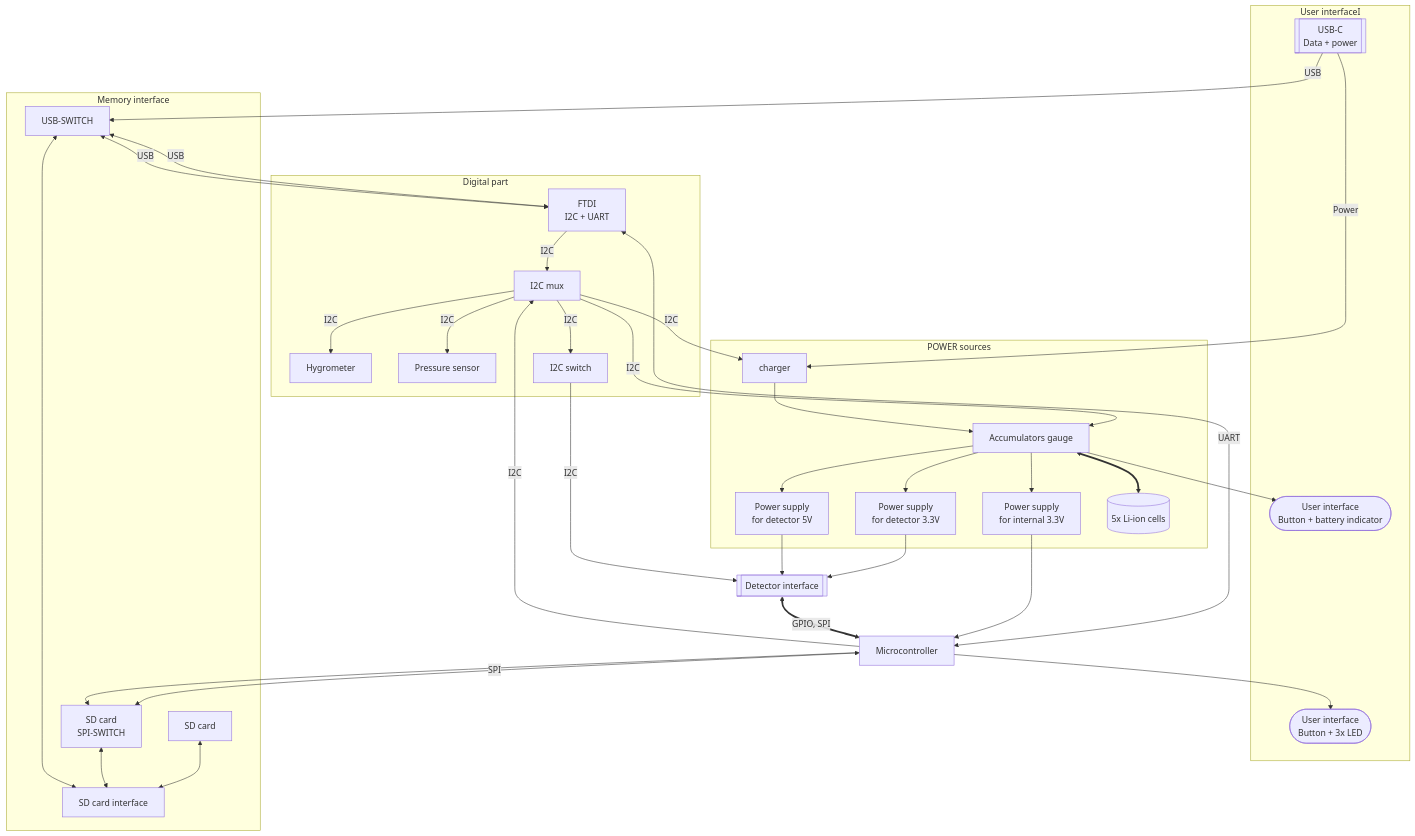
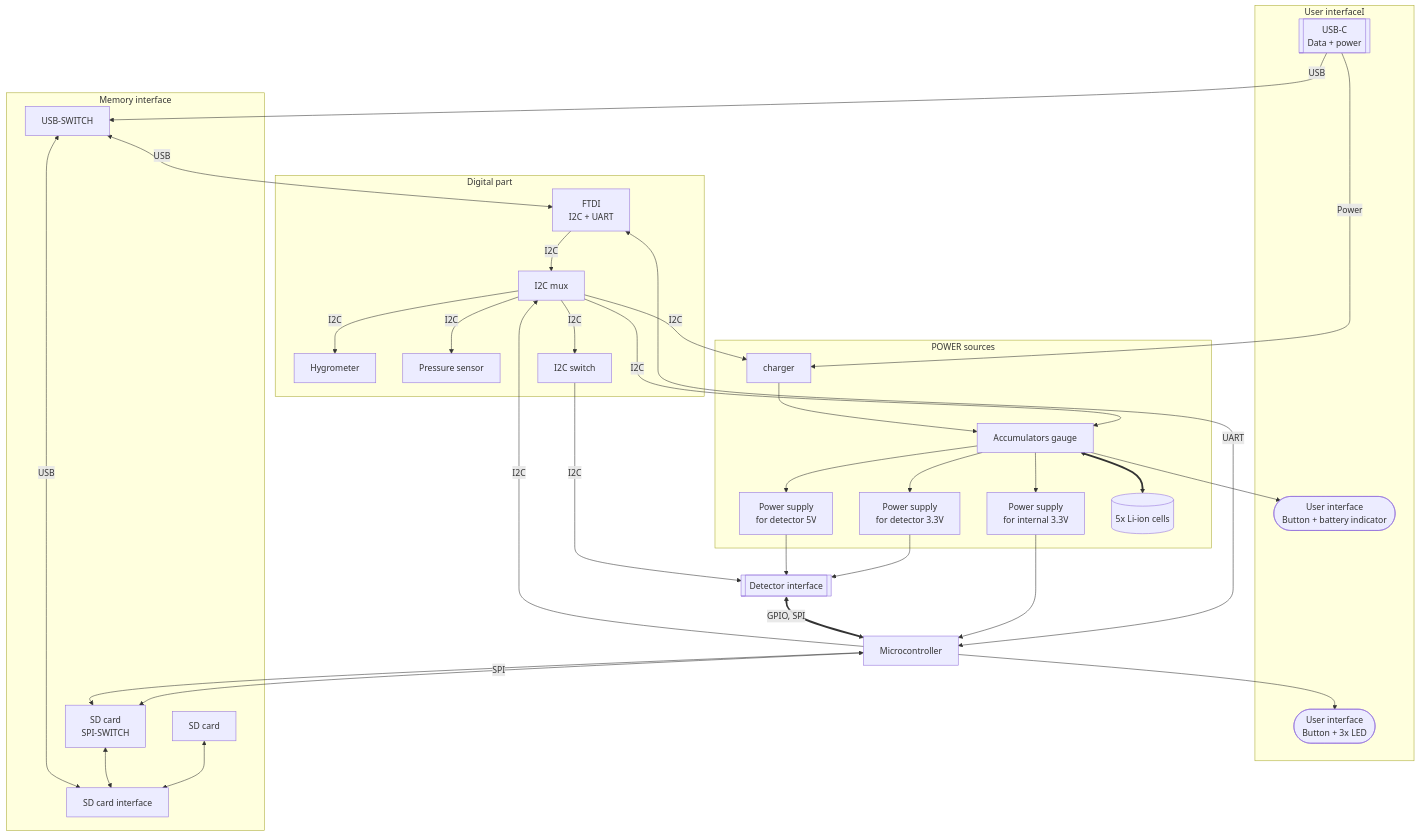
Before and after one commit to mlab-modules/BATDATUNIT01: the diagram in README.md, drawn with Mermaid.

````diff
--- a/README.md
+++ b/README.md
@@ -44,72 +44,71 @@
 ```mermaid
 
     flowchart TD
 
     subgraph a[User interfaceI]
         USB[[USB-C\nData + power]]
         UI1([User interface \n Button + battery indicator])
         UI2([User interface \n Button + 3x LED])
     
     end
 
     USB --USB --> USW
 
     FTDI -- I2C --> I2CSW
     FTDI -- UART <--> MCU
     MCU -- I2C --> I2CSW[I2C mux]
     MCU[Microcontroller]
     MCU --SPI <--> SDW
     MCU --> SDW
 
     subgraph one[Memory interface]
     SDR[SD card] <--> SDI
-    SDI[SD card interface] <--> USW
+    SDI[SD card interface] -- USB <--> USW
     USW[USB-SWITCH]
     SDW[SD card \n SPI-SWITCH] <--> SDI
     end
 
 
     subgraph three[Digital part ]
     USW -- USB <--> FTDI[FTDI\nI2C + UART]
 
     I2CSW --I2C--> HYG[Hygrometer]
     I2CSW --I2C--> ALT[Pressure sensor]
 
     I2CSW -- I2C --> I2Cen
 
     end
 
 
     I2CSW --I2C--> GAUGE
     I2CSW --I2C--> charger
 
 
     GAUGE --> UI1
     MCU --> UI2
 
     GAUGE --> PWR3v3
     GAUGE --> PWR3v3E
     GAUGE --> PWR5vE
     
-    USW -- USB <--> FTDI[FTDI\nI2C + UART]
     USB -- Power --> charger
 
     subgraph two[POWER sources]
     PWR3v3[Power supply\nfor internal 3.3V]
     PWR3v3E[Power supply\nfor detector 3.3V]
     PWR5vE[Power supply\nfor detector 5V]
     
     charger --> GAUGE[Accumulators gauge]
     GAUGE <==> LIION[(5x Li-ion cells)]
     end
     PWR3v3 --> MCU
 
     PWR3v3E --> DI
     PWR5vE --> DI
 
     I2Cen[I2C switch] -- I2C --> DI
     DI[[Detector interface]] == GPIO, SPI <==> MCU
 
 
 
 ```
````
